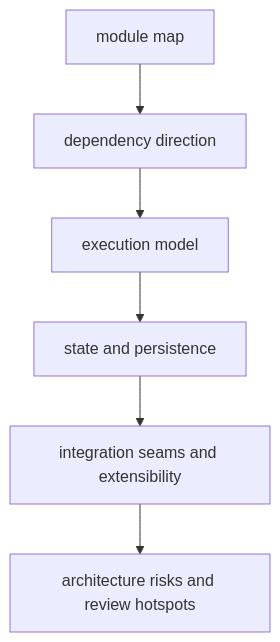
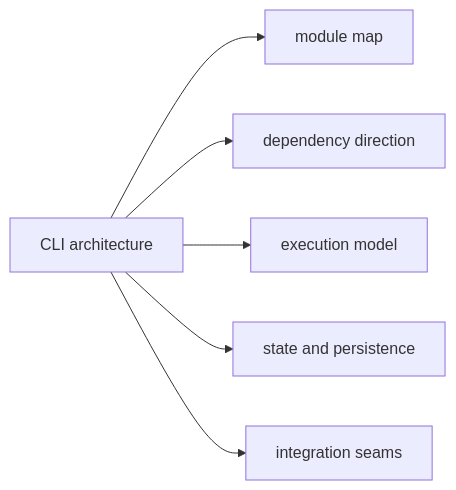
Before and after one commit to bijux/bijux-cli: the diagram in docs/bijux-cli/architecture/index.md, drawn with Mermaid. The commit also changed other lines of this file, not shown here.

Commit message:
docs(cli-architecture): simplify the runtime architecture entry

````diff
--- a/docs/bijux-cli/architecture/index.md
+++ b/docs/bijux-cli/architecture/index.md
@@ -18,8 +18,8 @@
 ```mermaid
-flowchart TB
-    map["module map"] --> deps["dependency direction"]
-    deps --> exec["execution model"]
-    exec --> state["state and persistence"]
-    state --> seams["integration seams and extensibility"]
-    seams --> risk["architecture risks and review hotspots"]
+flowchart LR
+    architecture["CLI architecture"] --> map["module map"]
+    architecture --> deps["dependency direction"]
+    architecture --> exec["execution model"]
+    architecture --> state["state and persistence"]
+    architecture --> seams["integration seams"]
 ```
````
